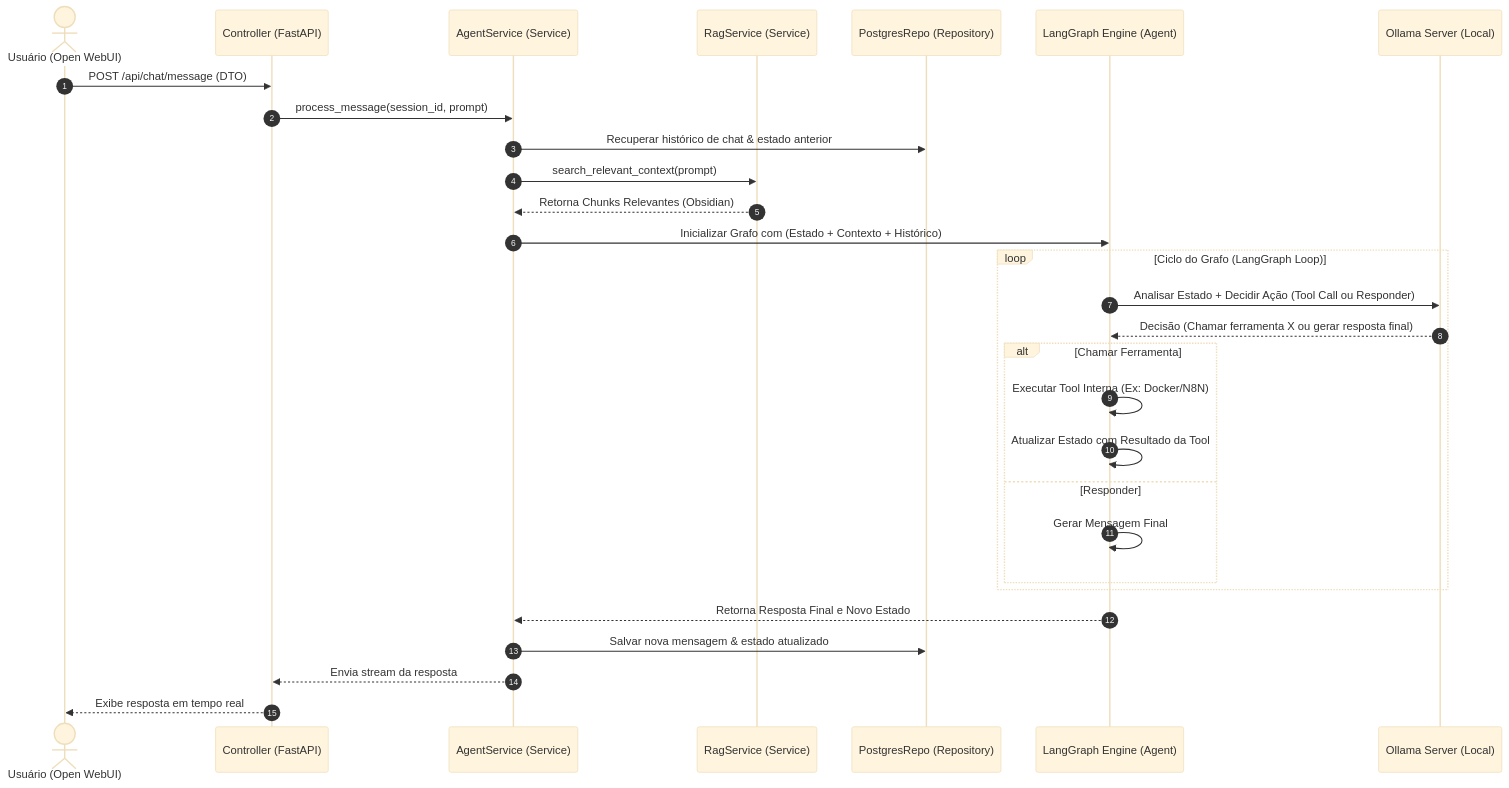
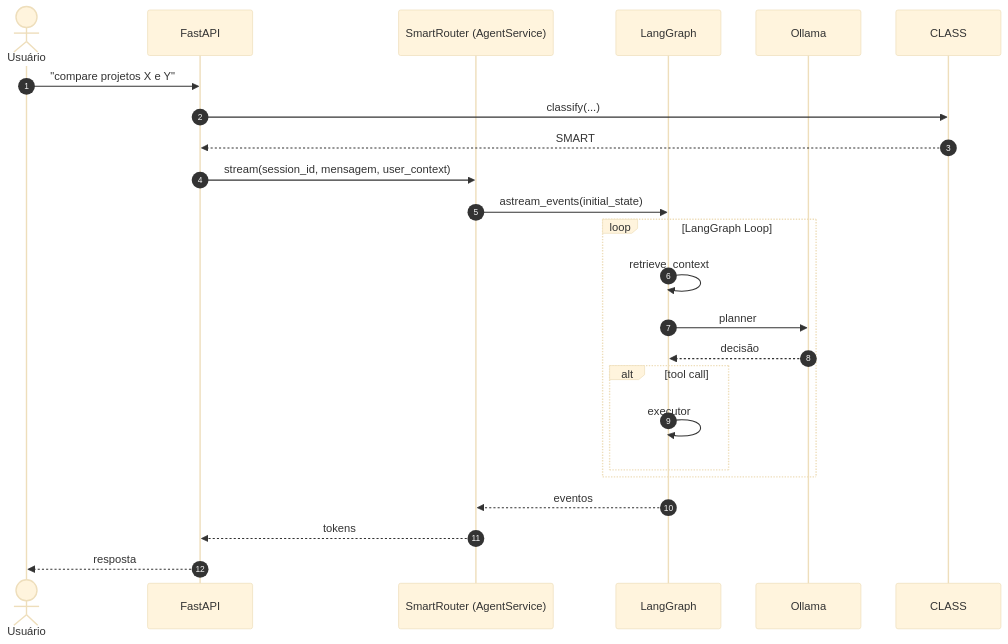
The third of 4 diagrams in 02_fluxo_dados.md (Brian5m1th/K.A.O.S-storage), drawn with Mermaid (base theme) before and after one commit. The commit also changed other lines of this file and 25 other files, not shown here.

````diff
--- a/02_fluxo_dados.md
+++ b/02_fluxo_dados.md
@@ -13,34 +109,28 @@
 ```mermaid
 sequenceDiagram
     autonumber
-    actor User as Usuário (Open WebUI)
-    participant API as Controller (FastAPI)
-    participant SVC as AgentService (Service)
-    participant RAG as RagService (Service)
-    participant DB as PostgresRepo (Repository)
-    participant GRAPH as LangGraph Engine (Agent)
-    participant LLM as Ollama Server (Local)
+    actor User as Usuário
+    participant API as FastAPI
+    participant SVC as SmartRouter (AgentService)
+    participant GRAPH as LangGraph
+    participant LLM as Ollama
 
-    User->>API: POST /api/chat/message (DTO)
-    API->>SVC: process_message(session_id, prompt)
-    SVC->>DB: Recuperar histórico de chat & estado anterior
-    SVC->>RAG: search_relevant_context(prompt)
-    RAG-->>SVC: Retorna Chunks Relevantes (Obsidian)
-    SVC->>GRAPH: Inicializar Grafo com (Estado + Contexto + Histórico)
+    User->>API: "compare projetos X e Y"
+    API->>CLASS: classify(...)
+    CLASS-->>API: SMART
+    API->>SVC: stream(session_id, mensagem, user_context)
+    SVC->>GRAPH: astream_events(initial_state)
     
-    loop Ciclo do Grafo (LangGraph Loop)
-        GRAPH->>LLM: Analisar Estado + Decidir Ação (Tool Call ou Responder)
-        LLM-->>GRAPH: Decisão (Chamar ferramenta X ou gerar resposta final)
-        alt Chamar Ferramenta
-            GRAPH->>GRAPH: Executar Tool Interna (Ex: Docker/N8N)
-            GRAPH->>GRAPH: Atualizar Estado com Resultado da Tool
-        else Responder
-            GRAPH->>GRAPH: Gerar Mensagem Final
+    loop LangGraph Loop
+        GRAPH->>GRAPH: retrieve_context
+        GRAPH->>LLM: planner
+        LLM-->>GRAPH: decisão
+        alt tool call
+            GRAPH->>GRAPH: executor
         end
     end
     
-    GRAPH-->>SVC: Retorna Resposta Final e Novo Estado
-    SVC->>DB: Salvar nova mensagem & estado atualizado
-    SVC-->>API: Envia stream da resposta
-    API-->>User: Exibe resposta em tempo real
+    GRAPH-->>SVC: eventos
+    SVC-->>API: tokens
+    API-->>User: resposta
 ```
````
